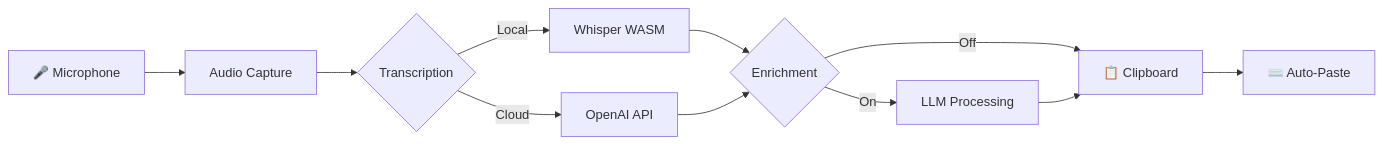
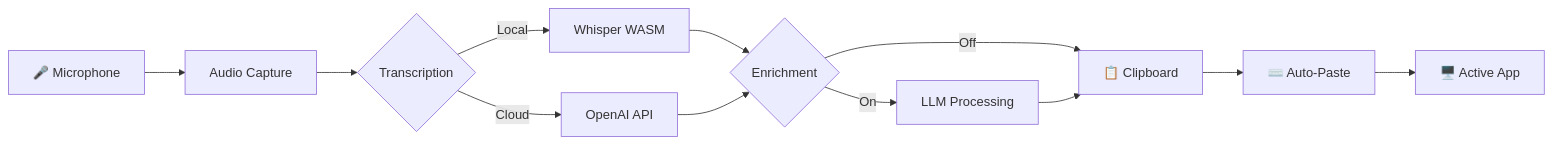
The diagram in docs/specs/mission-12-final-sprint.md (schauersbergern/voice-intelligence-app), drawn with Mermaid before and after one commit. The commit also changed other lines of this file and 20 other files, not shown here.

````diff
--- a/docs/specs/mission-12-final-sprint.md
+++ b/docs/specs/mission-12-final-sprint.md
@@ -99,13 +99,14 @@
   ```mermaid
   flowchart LR
     A[🎤 Microphone] --> B[Audio Capture]
     B --> C{Transcription}
     C -->|Local| D[Whisper WASM]
     C -->|Cloud| E[OpenAI API]
     D --> F{Enrichment}
     E --> F
     F -->|Off| G[📋 Clipboard]
     F -->|On| H[LLM Processing]
     H --> G
     G --> I[⌨️ Auto-Paste]
+    I --> J[🖥️ Active App]
   ```
````
